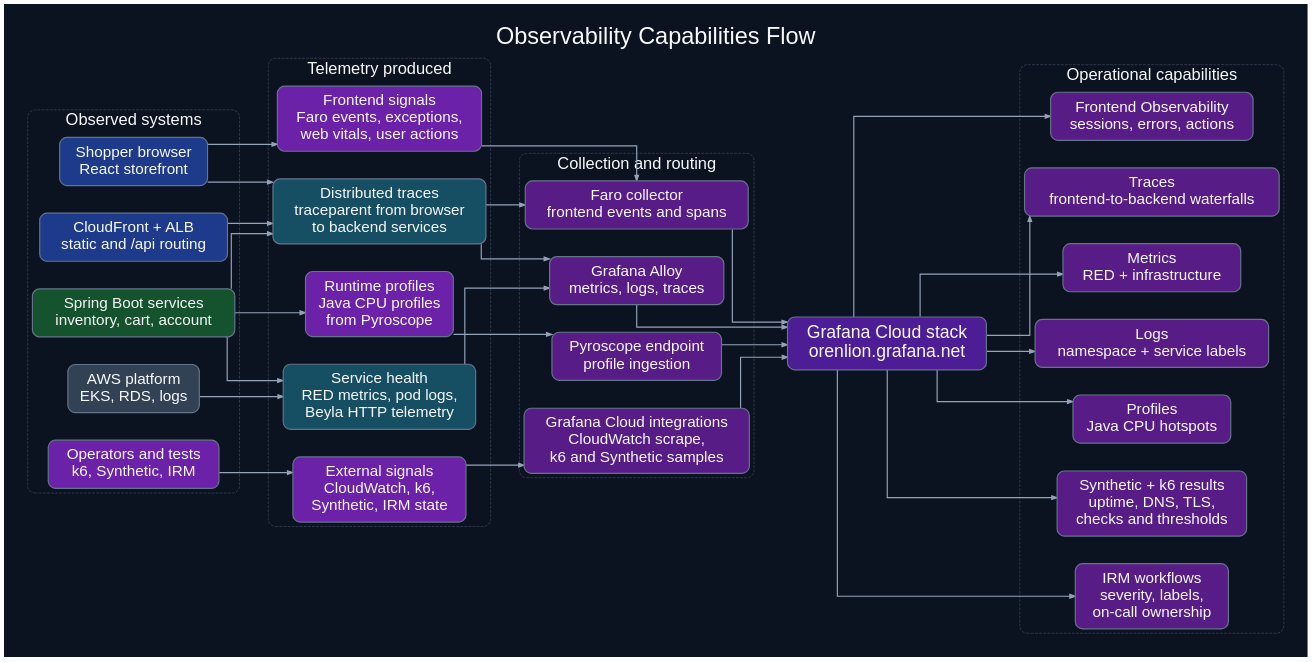
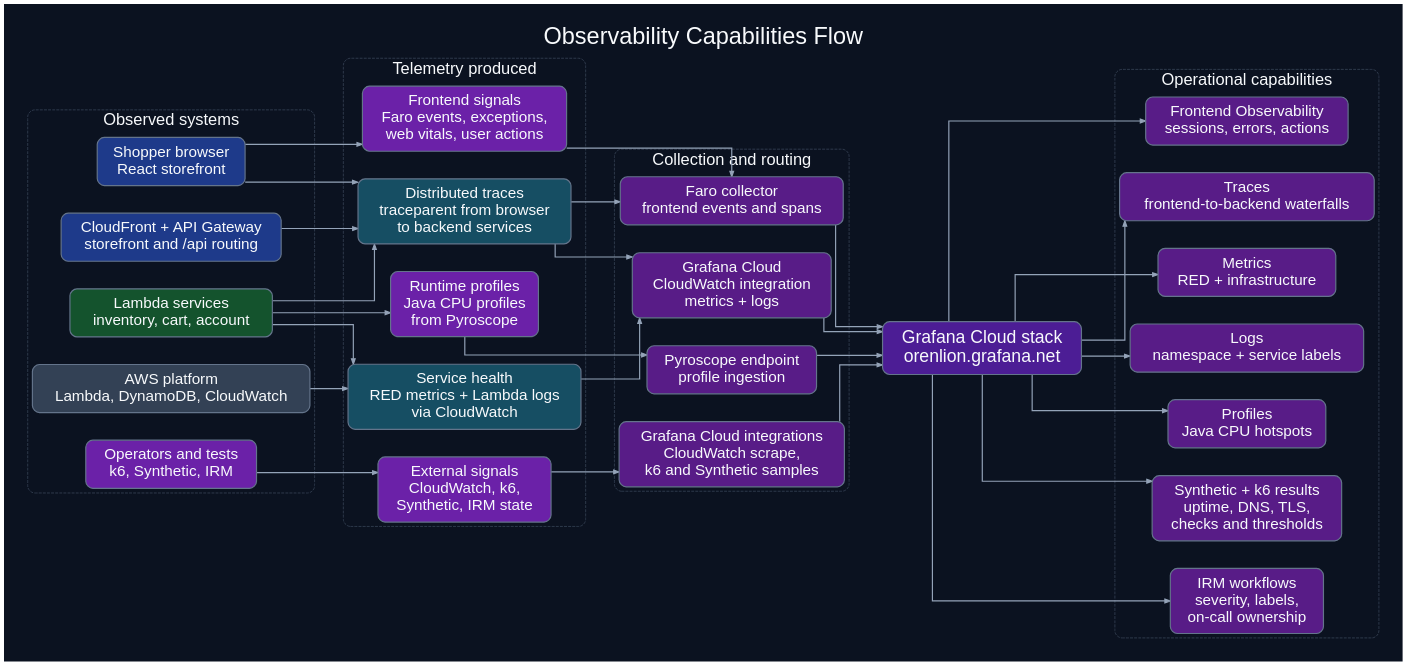
The diagram in docs/diagrams/observability-capabilities-flow-presentation.dot (orenlion1/ensemble-retail), drawn with Graphviz before and after one commit. The commit also changed 15 other files, not shown here.

First line of the commit message:
docs: update architecture diagrams for the serverless migration

```diff
--- a/docs/diagrams/observability-capabilities-flow-presentation.dot
+++ b/docs/diagrams/observability-capabilities-flow-presentation.dot
@@ -1,124 +1,124 @@
 digraph observability_capabilities_flow_presentation {
   rankdir=LR;
   label="Observability Capabilities Flow";
 
   graph [
     fontname="Helvetica",
     fontsize=40,
     labelloc=t,
     bgcolor="#0b1220",
     fontcolor="#f8fafc",
     pad=0.45,
     nodesep=0.65,
     ranksep=0.9,
     splines=ortho,
     outputorder=edgesfirst
   ];
   node [
     shape=box,
     style="rounded,filled",
     fontname="Helvetica",
     fontsize=26,
     color="#64748b",
     fillcolor="#111827",
     fontcolor="#f8fafc",
     margin="0.22,0.16",
     penwidth=2
   ];
   edge [
     fontname="Helvetica",
     fontsize=18,
     color="#94a3b8",
     fontcolor="#f8fafc",
     arrowsize=0.9,
     penwidth=2
   ];
 
   subgraph cluster_sources {
     label="Observed systems";
     color="#475569";
     fontcolor="#f8fafc";
     fontsize=28;
     style="rounded,dashed";
 
     browser [label="Shopper browser\nReact storefront", fillcolor="#1e3a8a"];
-    edgePath [label="CloudFront + ALB\nstatic and /api routing", fillcolor="#1e3a8a"];
-    services [label="Spring Boot services\ninventory, cart, account", fillcolor="#14532d"];
-    aws [label="AWS platform\nEKS, RDS, logs", fillcolor="#334155"];
+    edgePath [label="CloudFront + API Gateway\nstorefront and /api routing", fillcolor="#1e3a8a"];
+    services [label="Lambda services\ninventory, cart, account", fillcolor="#14532d"];
+    aws [label="AWS platform\nLambda, DynamoDB, CloudWatch", fillcolor="#334155"];
     operators [label="Operators and tests\nk6, Synthetic, IRM", fillcolor="#6b21a8"];
   }
 
   subgraph cluster_telemetry {
     label="Telemetry produced";
     color="#475569";
     fontcolor="#f8fafc";
     fontsize=28;
     style="rounded,dashed";
 
     frontendSignals [label="Frontend signals\nFaro events, exceptions,\nweb vitals, user actions", fillcolor="#6b21a8"];
     traceSignals [label="Distributed traces\ntraceparent from browser\nto backend services", fillcolor="#164e63"];
-    serviceSignals [label="Service health\nRED metrics, pod logs,\nBeyla HTTP telemetry", fillcolor="#164e63"];
+    serviceSignals [label="Service health\nRED metrics + Lambda logs\nvia CloudWatch", fillcolor="#164e63"];
     profileSignals [label="Runtime profiles\nJava CPU profiles\nfrom Pyroscope", fillcolor="#6b21a8"];
     externalSignals [label="External signals\nCloudWatch, k6,\nSynthetic, IRM state", fillcolor="#6b21a8"];
   }
 
   subgraph cluster_collection {
     label="Collection and routing";
     color="#475569";
     fontcolor="#f8fafc";
     fontsize=28;
     style="rounded,dashed";
 
     faroCollector [label="Faro collector\nfrontend events and spans", fillcolor="#581c87"];
-    alloy [label="Grafana Alloy\nmetrics, logs, traces", fillcolor="#581c87"];
+    alloy [label="Grafana Cloud\nCloudWatch integration\nmetrics + logs", fillcolor="#581c87"];
     pyroscope [label="Pyroscope endpoint\nprofile ingestion", fillcolor="#581c87"];
     cloudIntegrations [label="Grafana Cloud integrations\nCloudWatch scrape,\nk6 and Synthetic samples", fillcolor="#581c87"];
   }
 
   grafana [label="Grafana Cloud stack\norenlion.grafana.net", fillcolor="#4c1d95", fontsize=30];
 
   subgraph cluster_outcomes {
     label="Operational capabilities";
     color="#475569";
     fontcolor="#f8fafc";
     fontsize=28;
     style="rounded,dashed";
 
     frontendObs [label="Frontend Observability\nsessions, errors, actions", fillcolor="#581c87"];
     tempo [label="Traces\nfrontend-to-backend waterfalls", fillcolor="#581c87"];
     prometheus [label="Metrics\nRED + infrastructure", fillcolor="#581c87"];
     loki [label="Logs\nnamespace + service labels", fillcolor="#581c87"];
     profiles [label="Profiles\nJava CPU hotspots", fillcolor="#581c87"];
     testResults [label="Synthetic + k6 results\nuptime, DNS, TLS,\nchecks and thresholds", fillcolor="#581c87"];
     incidents [label="IRM workflows\nseverity, labels,\non-call ownership", fillcolor="#581c87"];
   }
 
   browser -> frontendSignals;
   browser -> traceSignals;
   edgePath -> traceSignals;
   services -> traceSignals;
   services -> serviceSignals;
   services -> profileSignals;
   aws -> serviceSignals;
   operators -> externalSignals;
 
   frontendSignals -> faroCollector;
   traceSignals -> faroCollector;
   traceSignals -> alloy;
   serviceSignals -> alloy;
   profileSignals -> pyroscope;
   externalSignals -> cloudIntegrations;
 
   faroCollector -> grafana;
   alloy -> grafana;
   pyroscope -> grafana;
   cloudIntegrations -> grafana;
 
   grafana -> frontendObs;
   grafana -> tempo;
   grafana -> prometheus;
   grafana -> loki;
   grafana -> profiles;
   grafana -> testResults;
   grafana -> incidents;
 }
```
